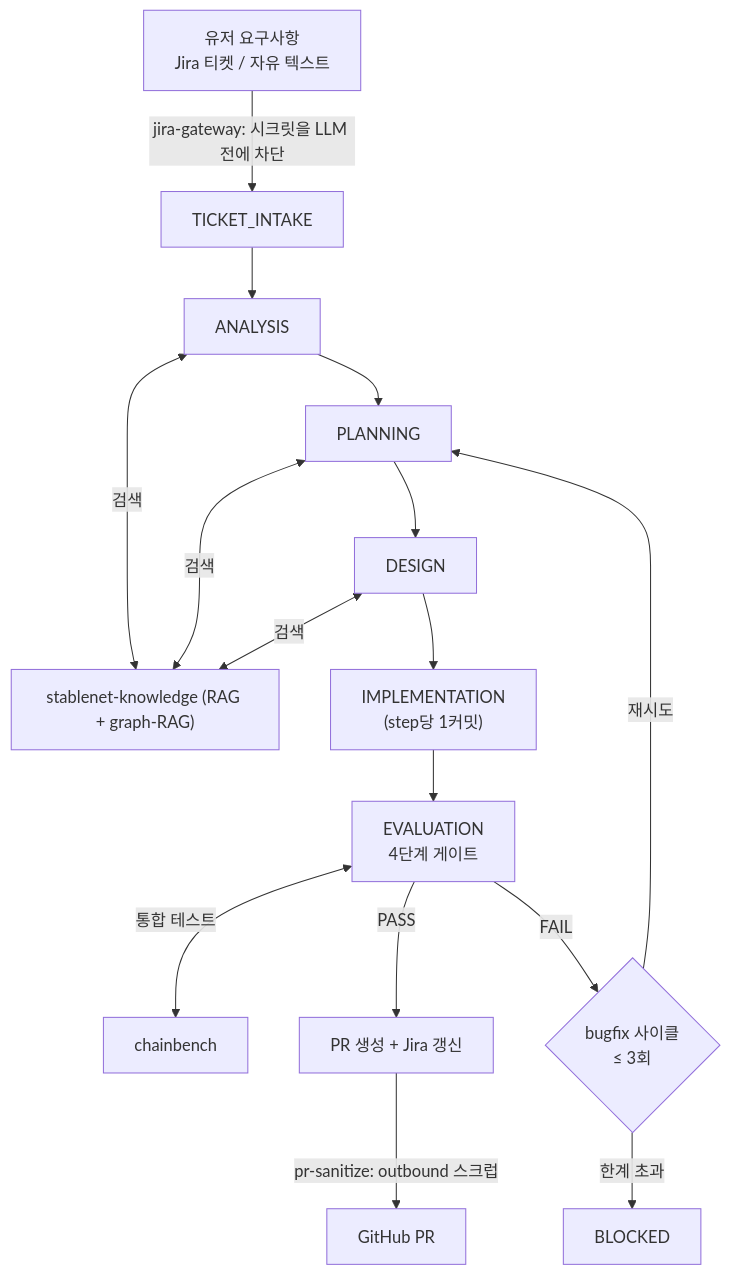
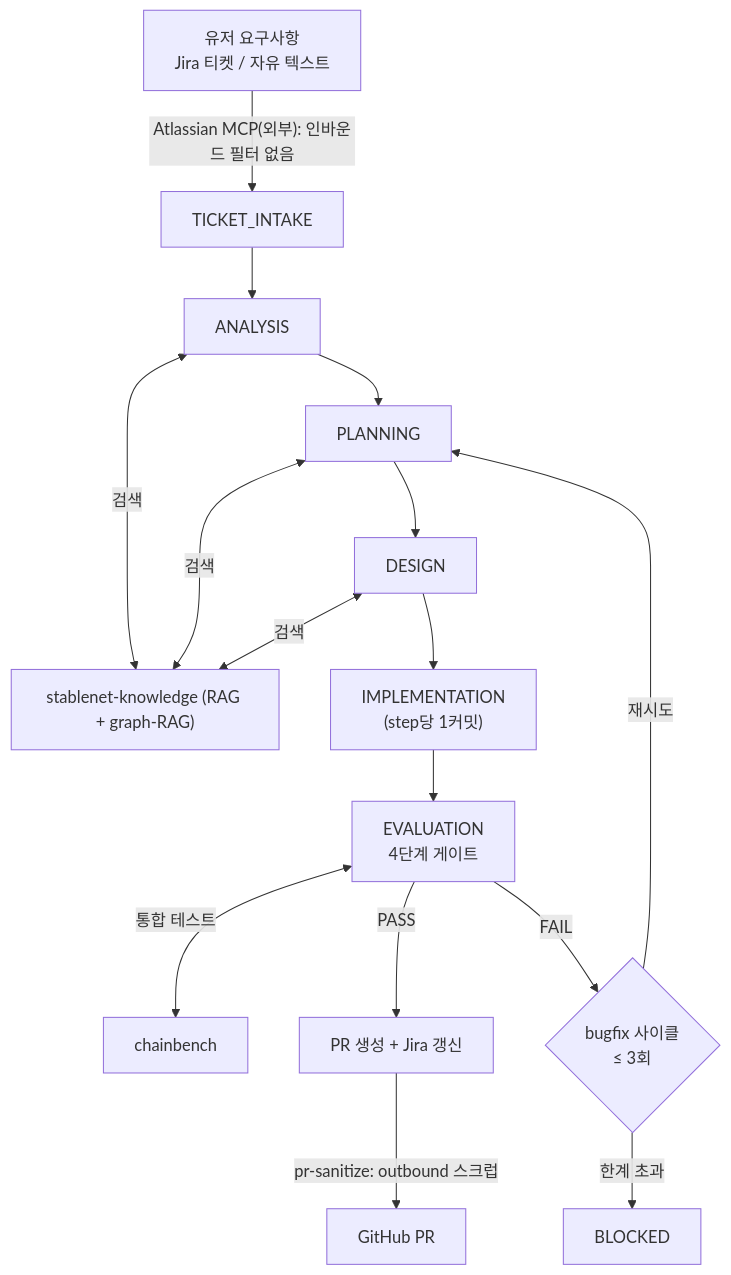
Before and after one commit to stable-net/stablenet-expert: the second of 3 diagrams in docs/OVERVIEW.md, drawn with Mermaid. The commit also changed other lines of this file and 46 other files, not shown here.

First line of the commit message:
Retire jira-gateway, read Jira through the Atlassian MCP (#27)

````diff
--- a/docs/OVERVIEW.md
+++ b/docs/OVERVIEW.md
@@ -157,24 +157,24 @@
 ```mermaid
 flowchart TD
     REQ["유저 요구사항<br/>Jira 티켓 / 자유 텍스트"]
-    REQ -->|"jira-gateway: 시크릿을 LLM 전에 차단"| INTAKE["TICKET_INTAKE"]
+    REQ -->|"Atlassian MCP(외부): 인바운드 필터 없음"| INTAKE["TICKET_INTAKE"]
     INTAKE --> ANALYSIS["ANALYSIS"]
     ANALYSIS --> PLANNING["PLANNING"]
     PLANNING --> DESIGN["DESIGN"]
 
     stablenet-knowledge["stablenet-knowledge (RAG + graph-RAG)"]
     ANALYSIS <-->|검색| stablenet-knowledge
     PLANNING <-->|검색| stablenet-knowledge
     DESIGN <-->|검색| stablenet-knowledge
 
     DESIGN --> IMPL["IMPLEMENTATION<br/>(step당 1커밋)"]
     IMPL --> EVALN["EVALUATION<br/>4단계 게이트"]
     EVALN <-->|통합 테스트| CB["chainbench"]
 
     EVALN -->|PASS| DONE["PR 생성 + Jira 갱신"]
     EVALN -->|FAIL| FIX{"bugfix 사이클<br/>≤ 3회"}
     FIX -->|재시도| PLANNING
     FIX -->|한계 초과| BLOCKED["BLOCKED"]
 
     DONE -->|"pr-sanitize: outbound 스크럽"| PR["GitHub PR"]
 ```
````
